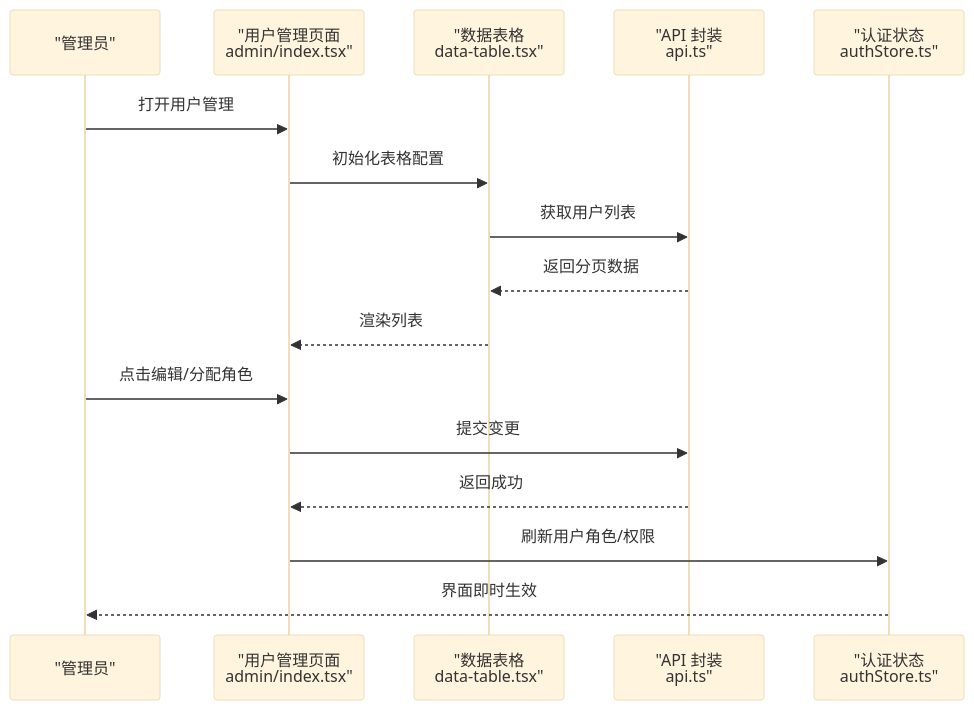
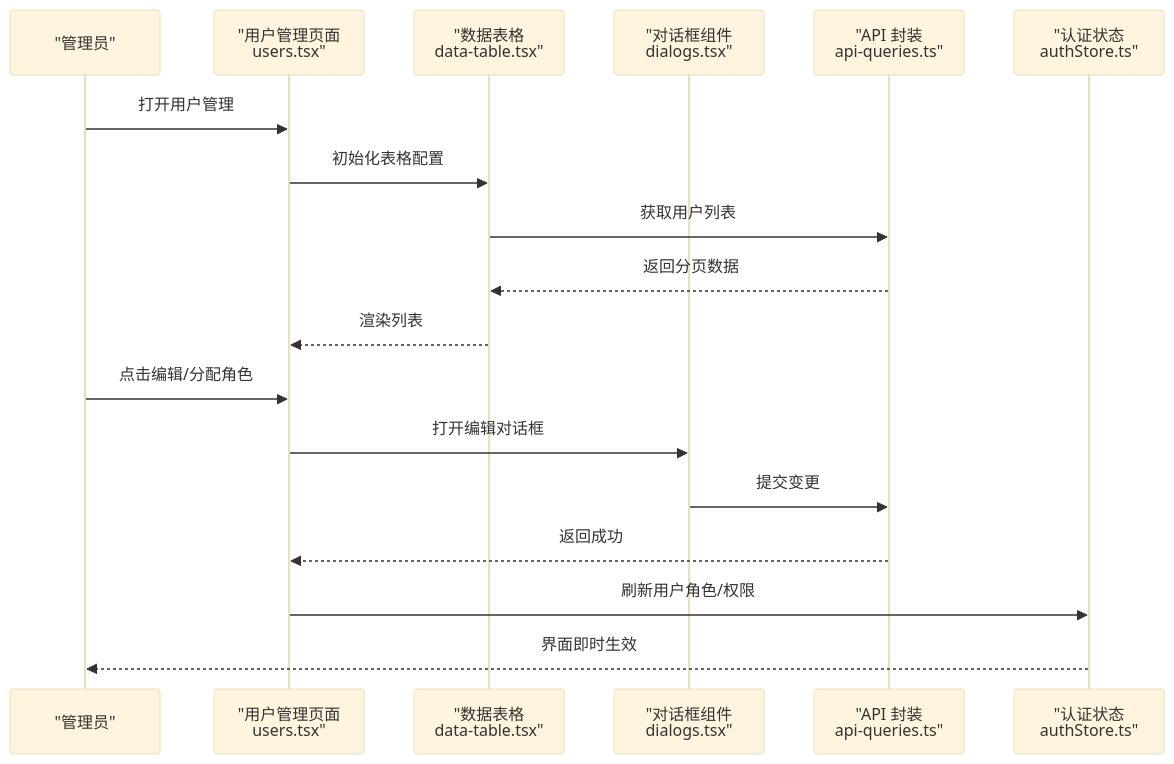
The fourth of 9 diagrams in .qoder/repowiki/zh/content/页面组件/管理系统页面.md (Damao997/newproject), drawn with Mermaid (base theme) before and after one commit. The commit also changed other lines of this file and 10 other files, not shown here.

````diff
--- a/.qoder/repowiki/zh/content/页面组件/管理系统页面.md
+++ b/.qoder/repowiki/zh/content/页面组件/管理系统页面.md
@@ -183,18 +204,20 @@
 ```mermaid
 sequenceDiagram
 participant Admin as "管理员"
-participant Page as "用户管理页面<br/>admin/index.tsx"
+participant Page as "用户管理页面<br/>users.tsx"
 participant Table as "数据表格<br/>data-table.tsx"
-participant API as "API 封装<br/>api.ts"
+participant Dialog as "对话框组件<br/>dialogs.tsx"
+participant API as "API 封装<br/>api-queries.ts"
 participant Auth as "认证状态<br/>authStore.ts"
 Admin->>Page : 打开用户管理
 Page->>Table : 初始化表格配置
 Table->>API : 获取用户列表
 API-->>Table : 返回分页数据
 Table-->>Page : 渲染列表
 Admin->>Page : 点击编辑/分配角色
-Page->>API : 提交变更
+Page->>Dialog : 打开编辑对话框
+Dialog->>API : 提交变更
 API-->>Page : 返回成功
 Page->>Auth : 刷新用户角色/权限
 Auth-->>Admin : 界面即时生效
 ```
````
